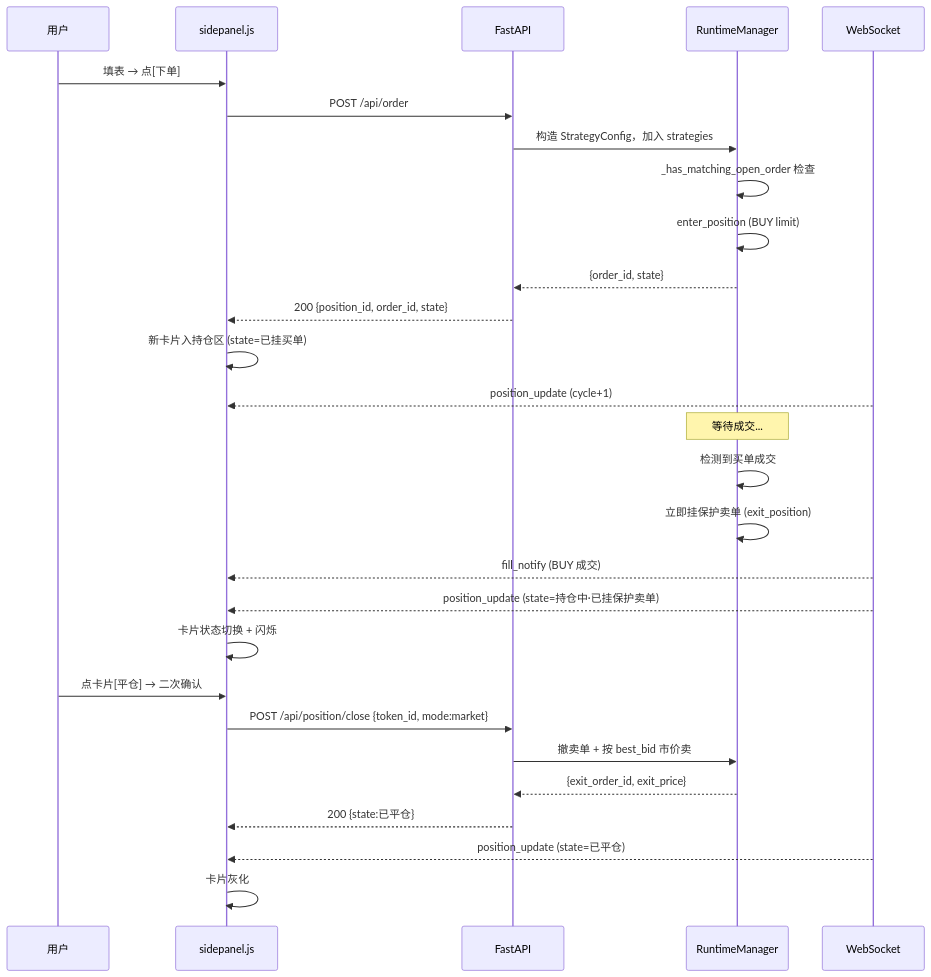
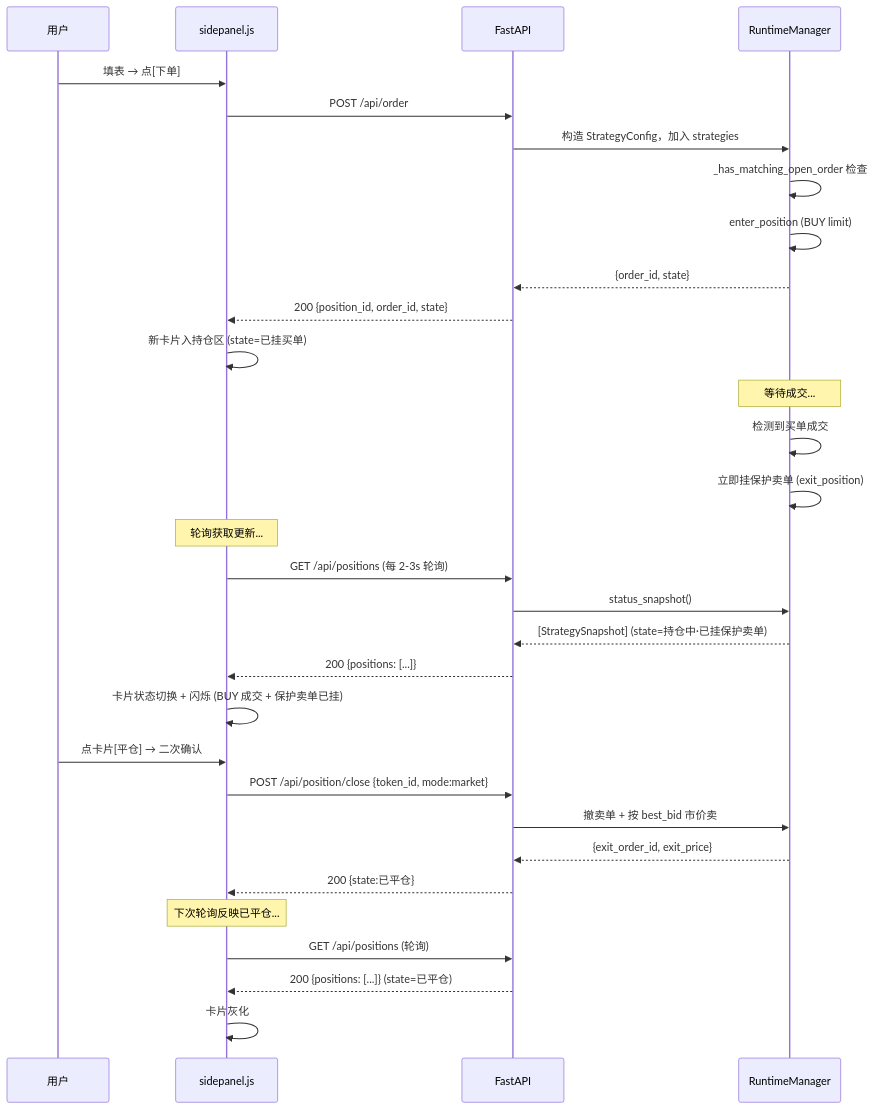
The second of 6 diagrams in 浏览器扩展详细设计文档.md (twinstony/polymarket_trading_bot_strategy), drawn with Mermaid before and after one commit. The commit also changed other lines of this file and 3 other files, not shown here.

````diff
--- a/浏览器扩展详细设计文档.md
+++ b/浏览器扩展详细设计文档.md
@@ -773,33 +794,38 @@
 ```mermaid
 sequenceDiagram
     participant U as 用户
     participant SP as sidepanel.js
     participant API as FastAPI
     participant Bot as RuntimeManager
-    participant WS as WebSocket
 
     U->>SP: 填表 → 点[下单]
     SP->>API: POST /api/order
     API->>Bot: 构造 StrategyConfig，加入 strategies
     Bot->>Bot: _has_matching_open_order 检查
     Bot->>Bot: enter_position (BUY limit)
     Bot-->>API: {order_id, state}
     API-->>SP: 200 {position_id, order_id, state}
     SP->>SP: 新卡片入持仓区 (state=已挂买单)
-    WS-->>SP: position_update (cycle+1)
 
     Note over Bot: 等待成交...
     Bot->>Bot: 检测到买单成交
     Bot->>Bot: 立即挂保护卖单 (exit_position)
-    WS-->>SP: fill_notify (BUY 成交)
-    WS-->>SP: position_update (state=持仓中·已挂保护卖单)
-    SP->>SP: 卡片状态切换 + 闪烁
+
+    Note over SP: 轮询获取更新...
+    SP->>API: GET /api/positions (每 2-3s 轮询)
+    API->>Bot: status_snapshot()
+    Bot-->>API: [StrategySnapshot] (state=持仓中·已挂保护卖单)
+    API-->>SP: 200 {positions: [...]}
+    SP->>SP: 卡片状态切换 + 闪烁 (BUY 成交 + 保护卖单已挂)
 
     U->>SP: 点卡片[平仓] → 二次确认
     SP->>API: POST /api/position/close {token_id, mode:market}
     API->>Bot: 撤卖单 + 按 best_bid 市价卖
     Bot-->>API: {exit_order_id, exit_price}
     API-->>SP: 200 {state:已平仓}
-    WS-->>SP: position_update (state=已平仓)
+
+    Note over SP: 下次轮询反映已平仓...
+    SP->>API: GET /api/positions (轮询)
+    API-->>SP: 200 {positions: [...]} (state=已平仓)
     SP->>SP: 卡片灰化
 ```
````
